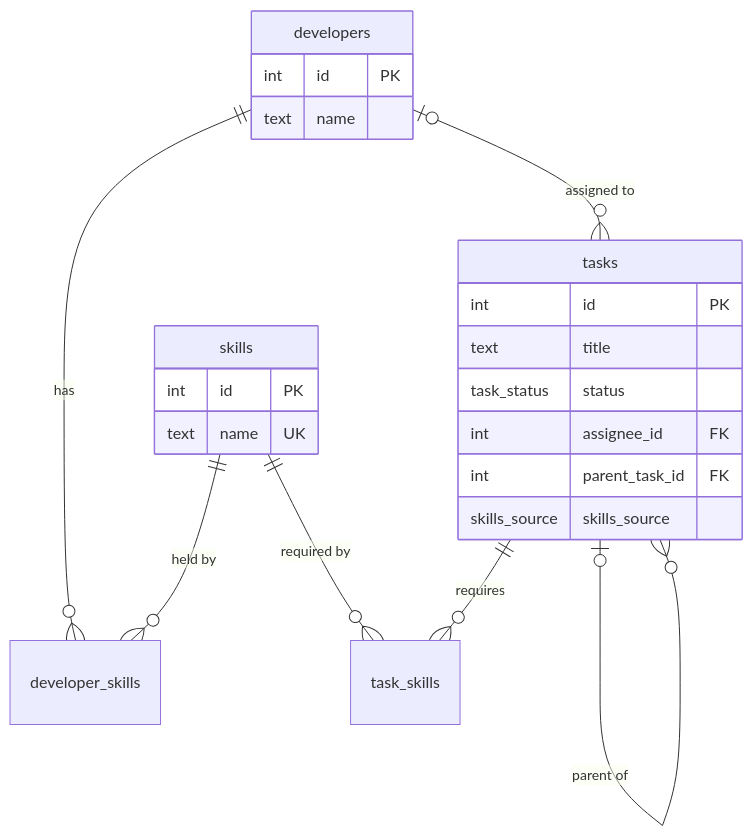
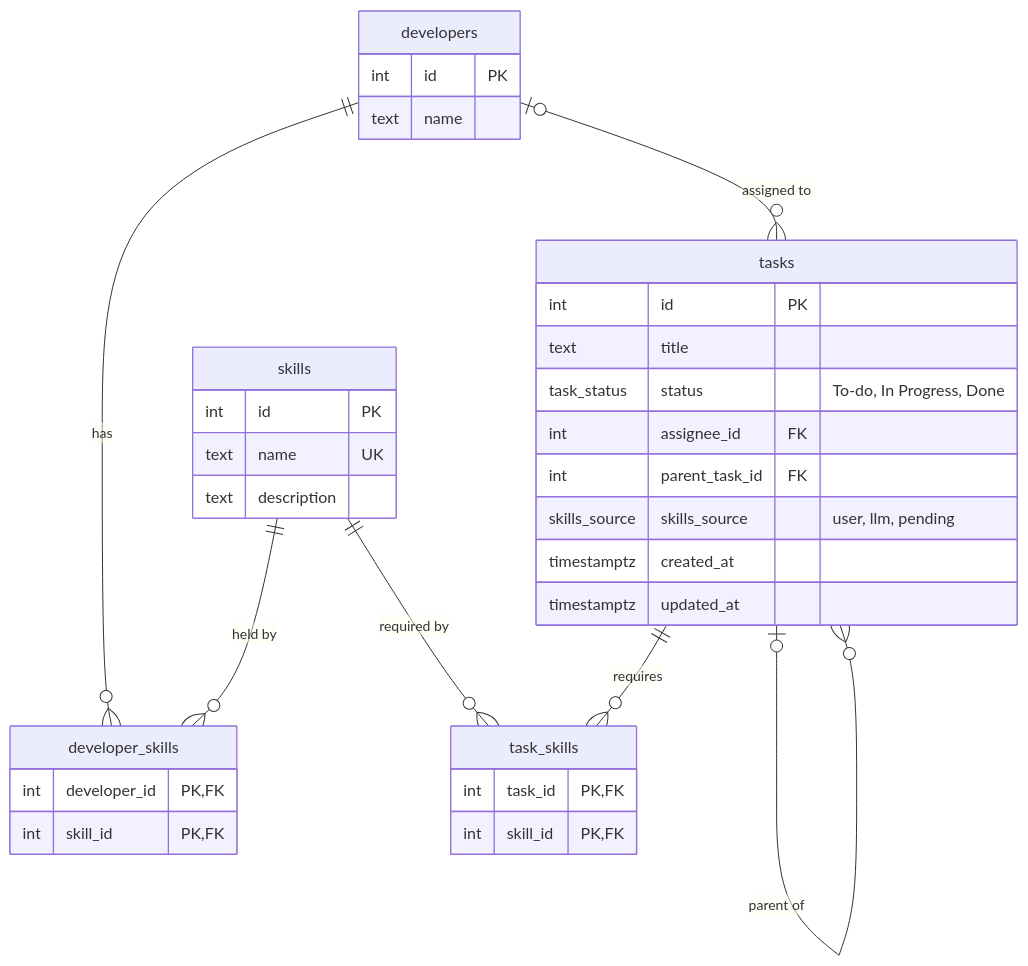
The third of 3 diagrams in README.md (xaviertanwc/htx-task-assignment-app), drawn with Mermaid before and after one commit. The commit also changed other lines of this file, not shown here.

````diff
--- a/README.md
+++ b/README.md
@@ -105,20 +194,37 @@
 ```mermaid
 erDiagram
   developers ||--o{ developer_skills : has
   skills ||--o{ developer_skills : "held by"
   skills ||--o{ task_skills : "required by"
   tasks ||--o{ task_skills : requires
   developers |o--o{ tasks : "assigned to"
   tasks |o--o{ tasks : "parent of"
 
-  developers { int id PK
-    text name }
-  skills { int id PK
-    text name UK }
-  tasks { int id PK
+  developers {
+    int id PK
+    text name
+  }
+  skills {
+    int id PK
+    text name UK
+    text description
+  }
+  developer_skills {
+    int developer_id PK,FK
+    int skill_id PK,FK
+  }
+  task_skills {
+    int task_id PK,FK
+    int skill_id PK,FK
+  }
+  tasks {
+    int id PK
     text title
-    task_status status
+    task_status status "To-do, In Progress, Done"
     int assignee_id FK
     int parent_task_id FK
-    skills_source skills_source }
+    skills_source skills_source "user, llm, pending"
+    timestamptz created_at
+    timestamptz updated_at
+  }
 ```
````
